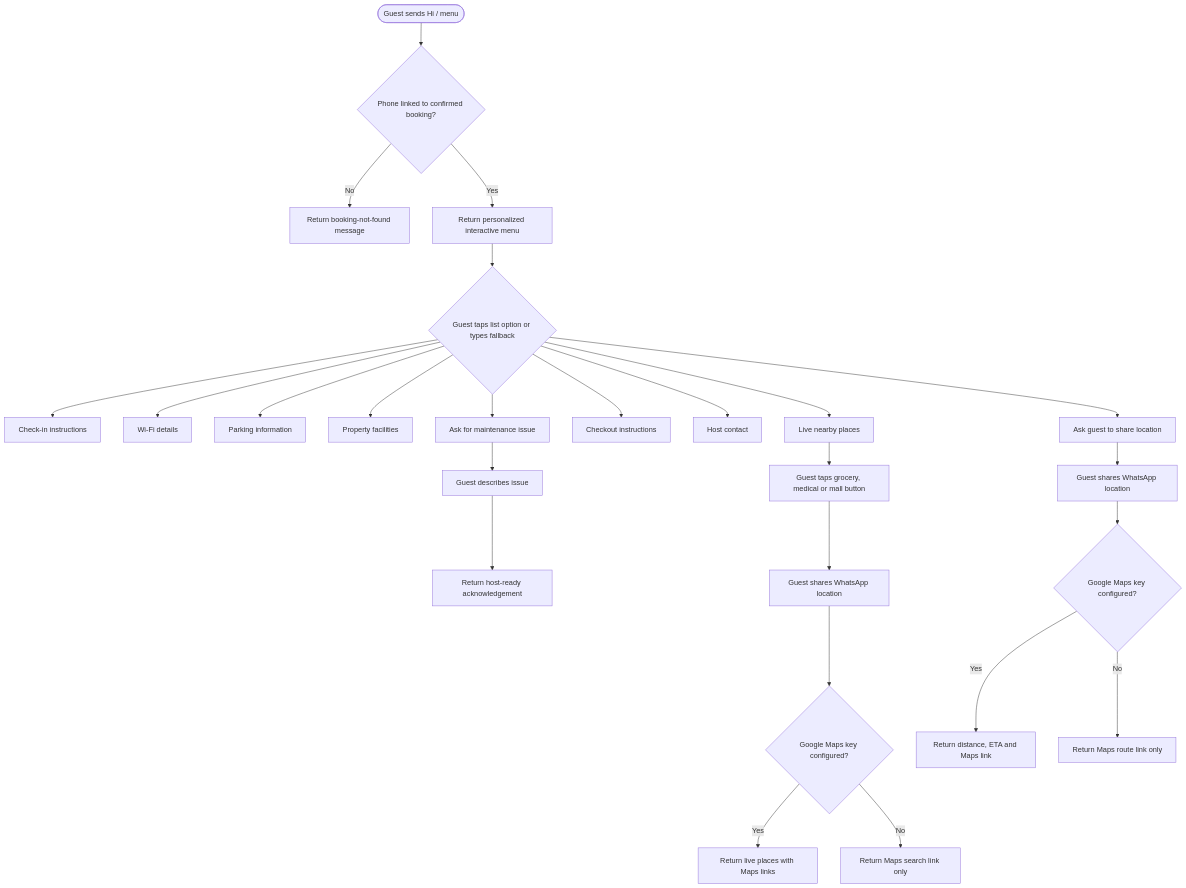
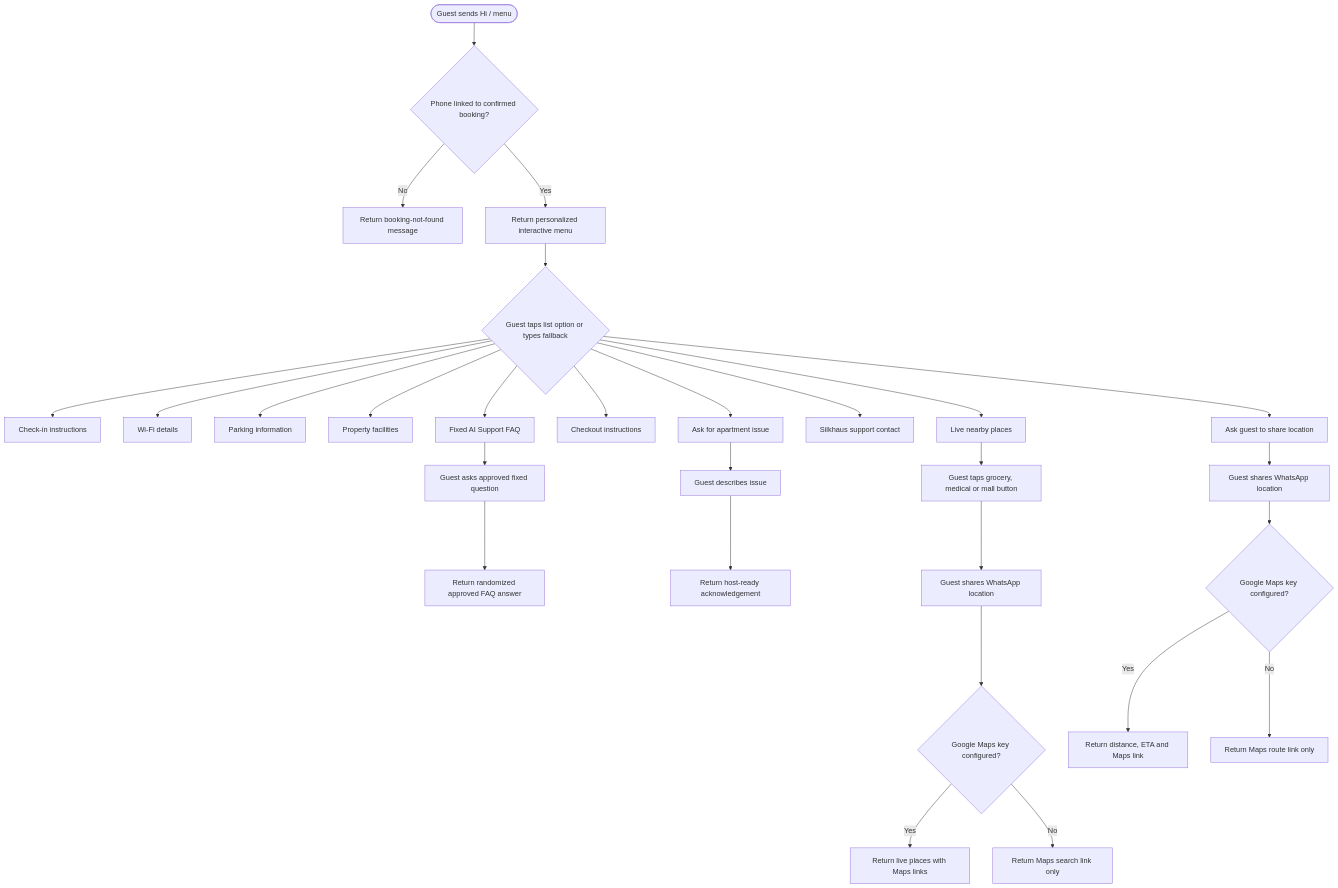
Before and after one commit to dhiraj-solace/rental-property-whatsApp-bot: the second of 3 diagrams in docs/architecture-and-activity-diagrams.md, drawn with Mermaid. The commit also changed other lines of this file and 5 other files, not shown here.

````diff
--- a/docs/architecture-and-activity-diagrams.md
+++ b/docs/architecture-and-activity-diagrams.md
@@ -39,31 +39,35 @@
 ```mermaid
 flowchart TD
     Start([Guest sends Hi / menu]) --> Lookup{"Phone linked to confirmed booking?"}
     Lookup -->|"No"| Unknown["Return booking-not-found message"]
     Lookup -->|"Yes"| Menu["Return personalized interactive menu"]
 
     Menu --> Action{"Guest taps list option or types fallback"}
     Action --> CheckIn["Check-in instructions"]
     Action --> Wifi["Wi-Fi details"]
     Action --> Parking["Parking information"]
     Action --> Facilities["Property facilities"]
     Action --> Nearby["Live nearby places"]
     Action --> Checkout["Checkout instructions"]
-    Action --> Contact["Host contact"]
-    Action --> Issue["Ask for maintenance issue"]
+    Action --> AISupport["Fixed AI Support FAQ"]
+    Action --> Contact["Silkhaus support contact"]
+    Action --> Issue["Ask for apartment issue"]
     Action --> Directions["Ask guest to share location"]
+
+    AISupport --> FixedQuestion["Guest asks approved fixed question"]
+    FixedQuestion --> FAQAnswer["Return randomized approved FAQ answer"]
 
     Issue --> IssueText["Guest describes issue"]
     IssueText --> IssueAck["Return host-ready acknowledgement"]
 
     Nearby --> NearbyCategory["Guest taps grocery, medical or mall button"]
     NearbyCategory --> NearbyLocation["Guest shares WhatsApp location"]
     NearbyLocation --> Places{"Google Maps key configured?"}
     Places -->|"Yes"| LivePlaces["Return live places with Maps links"]
     Places -->|"No"| SearchLink["Return Maps search link only"]
 
     Directions --> Location["Guest shares WhatsApp location"]
     Location --> Maps{"Google Maps key configured?"}
     Maps -->|"Yes"| LiveRoute["Return distance, ETA and Maps link"]
     Maps -->|"No"| LinkOnly["Return Maps route link only"]
 ```
````
